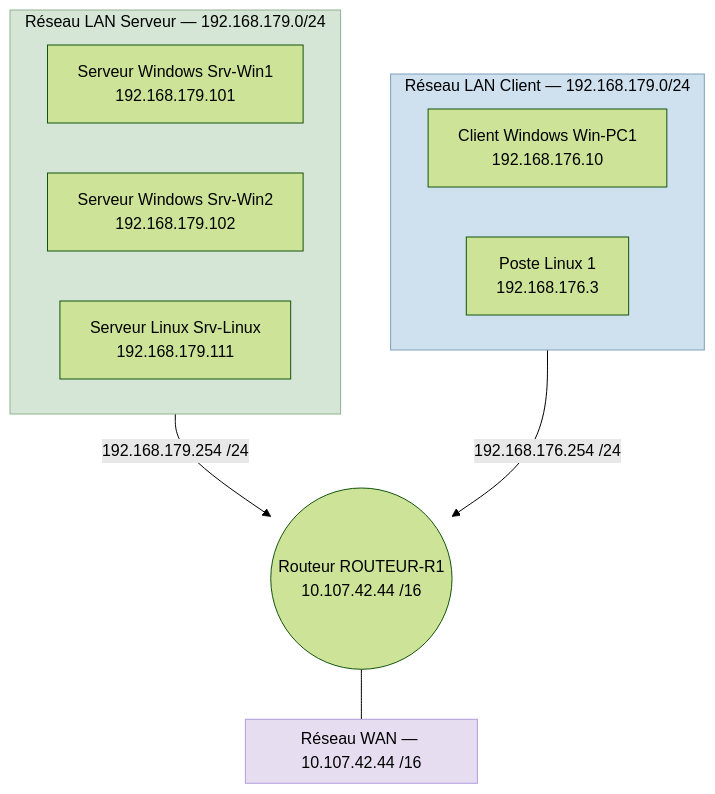
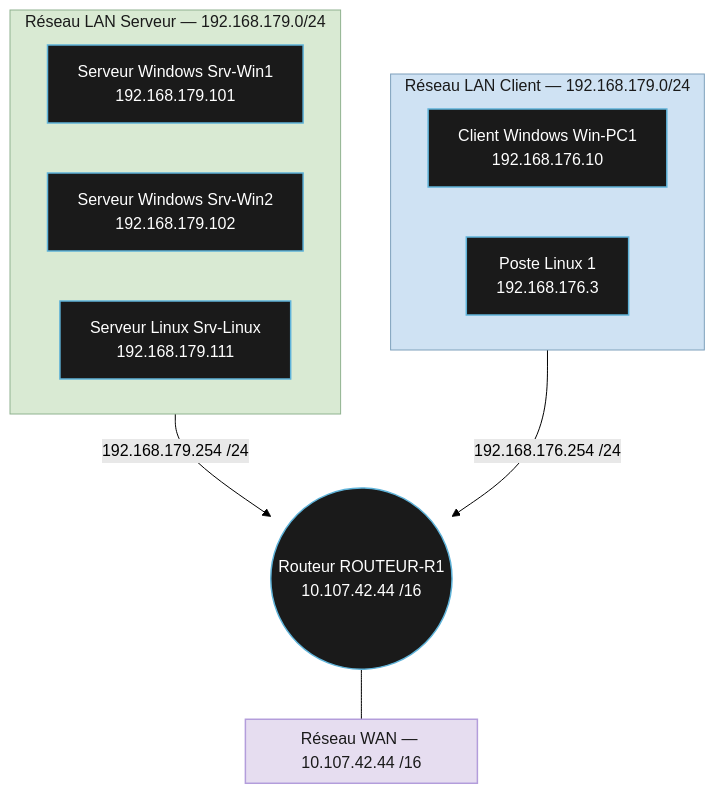
Before and after one commit to Kass-19/tssr-cours: the diagram in docs/cours/cours-10-mise-en-situation-professionnelle-service-reseau/index.md, drawn with Mermaid (forest theme).

````diff
--- a/docs/cours/cours-10-mise-en-situation-professionnelle-service-reseau/index.md
+++ b/docs/cours/cours-10-mise-en-situation-professionnelle-service-reseau/index.md
@@ -21,26 +21,29 @@
 ```mermaid
 flowchart TB
     subgraph serveur["Réseau LAN Serveur — 192.168.179.0/24"]
         c1["Serveur Windows Srv-Win1<br/>192.168.179.101"]
         c2["Serveur Windows Srv-Win2<br/>192.168.179.102"]
         c3["Serveur Linux Srv-Linux<br/>192.168.179.111"]
     end
 
     subgraph client["Réseau LAN Client — 192.168.179.0/24"]
         s1["Client Windows Win-PC1<br/>192.168.176.10"]
         s2["Poste Linux 1<br/>192.168.176.3"]
     end
 
     r1(("Routeur ROUTEUR-R1<br/>10.107.42.44 /16"))
 
     subgraph wan["Réseau WAN — 10.107.42.44 /16"]
     end
 
     serveur -->|"192.168.179.254 /24"| r1
     client -->|"192.168.176.254 /24"| r1
     r1 --- wan
 
-    style client fill:#cfe0ee,stroke:#7ea0bb,color:#000000
-    style serveur fill:#d6e6d6,stroke:#8fb28f,color:#000000
-    style wan fill:#e6ddf0,stroke:#b39ddb,color:#000000
+    classDef node fill:#1a1a1a,stroke:#5fb3d9,stroke-width:1.5px,color:#ffffff;
+    class c1,c2,c3,s1,s2,r1 node;
+
+    style serveur fill:#d9ead3,stroke:#8fb28f,color:#1a1a1a
+    style client fill:#cfe2f3,stroke:#7ea0bb,color:#1a1a1a
+    style wan fill:#e6ddf0,stroke:#b39ddb,color:#1a1a1a
 ```
````
